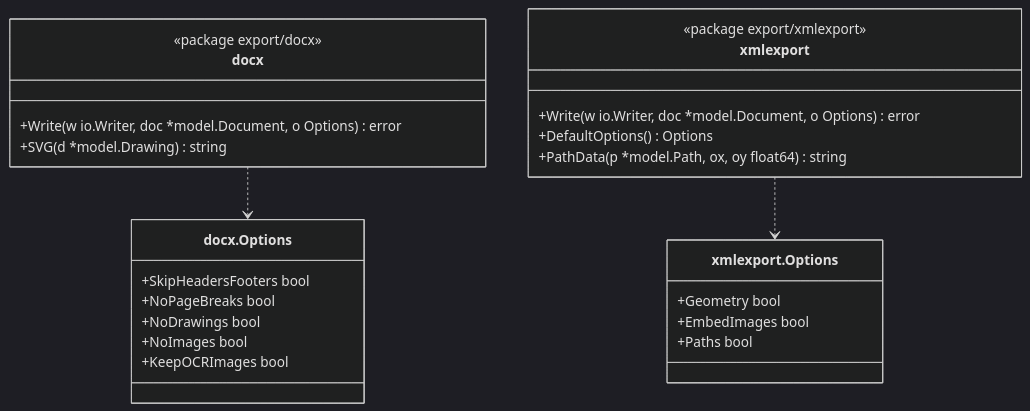
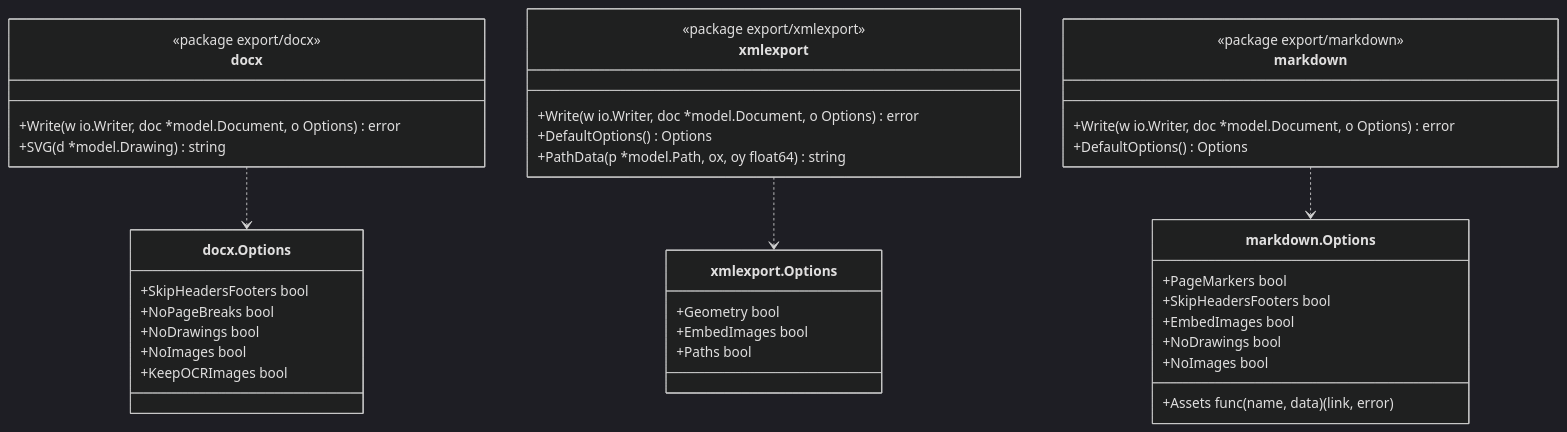
Before and after one commit to khanshahan/sarek_pdf: the sixth of 9 diagrams in docs/architecture.md, drawn with Mermaid (dark theme). The commit also changed other lines of this file and 18 other files, not shown here.

First line of the commit message:
Add Markdown export and cross-page table merging

````diff
--- a/docs/architecture.md
+++ b/docs/architecture.md
@@ -362,28 +377,42 @@
 ```mermaid
 classDiagram
     class docx {
         <<package export/docx>>
         +Write(w io.Writer, doc *model.Document, o Options) error
         +SVG(d *model.Drawing) string
     }
     class docxOptions["docx.Options"] {
         +SkipHeadersFooters bool
         +NoPageBreaks bool
         +NoDrawings bool
         +NoImages bool
         +KeepOCRImages bool
     }
     class xmlexport {
         <<package export/xmlexport>>
         +Write(w io.Writer, doc *model.Document, o Options) error
         +DefaultOptions() Options
         +PathData(p *model.Path, ox, oy float64) string
     }
     class xmlOptions["xmlexport.Options"] {
         +Geometry bool
         +EmbedImages bool
         +Paths bool
     }
+    class markdown {
+        <<package export/markdown>>
+        +Write(w io.Writer, doc *model.Document, o Options) error
+        +DefaultOptions() Options
+    }
+    class mdOptions["markdown.Options"] {
+        +PageMarkers bool
+        +SkipHeadersFooters bool
+        +Assets func(name, data) (link, error)
+        +EmbedImages bool
+        +NoDrawings bool
+        +NoImages bool
+    }
     docx ..> docxOptions
     xmlexport ..> xmlOptions
+    markdown ..> mdOptions
 ```
````
